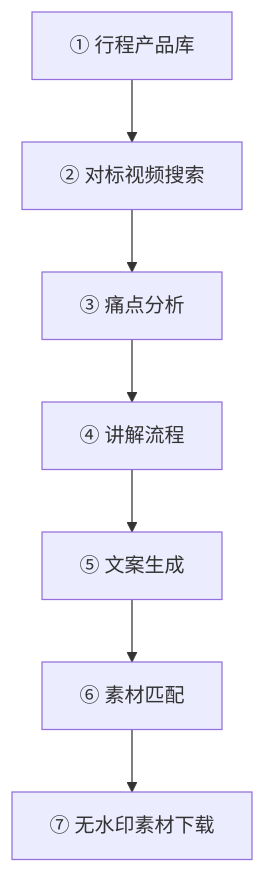
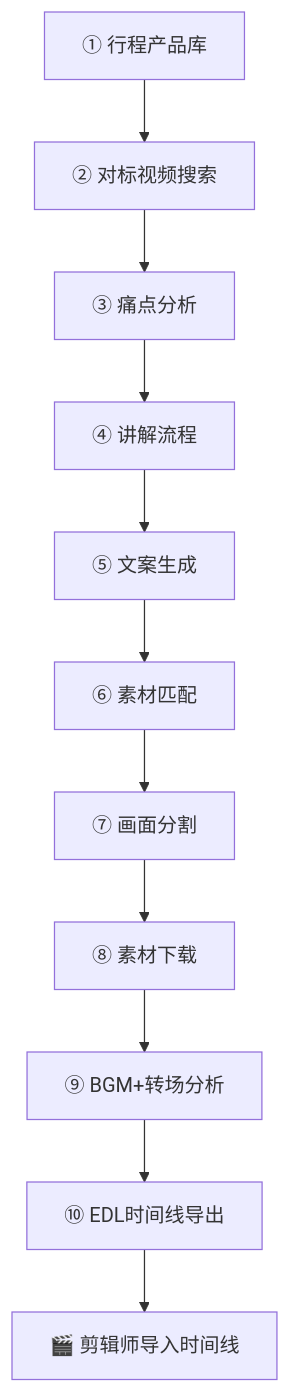
The second of 3 diagrams in skills/video-generation/SKILL.md (EdithJenius/Vtp), drawn with Mermaid before and after one commit. The commit also changed other lines of this file and 7 other files, not shown here.

First line of the commit message:
🎬 v3.0: 坦桑尼亚全链路跑通 + BGM/转场分析 + EDL时间线导出

````diff
--- a/skills/video-generation/SKILL.md
+++ b/skills/video-generation/SKILL.md
@@ -26,9 +52,13 @@
 ```mermaid
 flowchart TD
   A[① 行程产品库] --> B[② 对标视频搜索]
   B --> C[③ 痛点分析]
   C --> D[④ 讲解流程]
   D --> E[⑤ 文案生成]
   E --> F[⑥ 素材匹配]
-  F --> G[⑦ 无水印素材下载]
+  F --> G[⑦ 画面分割]
+  G --> H[⑧ 素材下载]
+  H --> I[⑨ BGM+转场分析]
+  I --> J[⑩ EDL时间线导出]
+  J --> K[🎬 剪辑师导入时间线]
 ```
````
